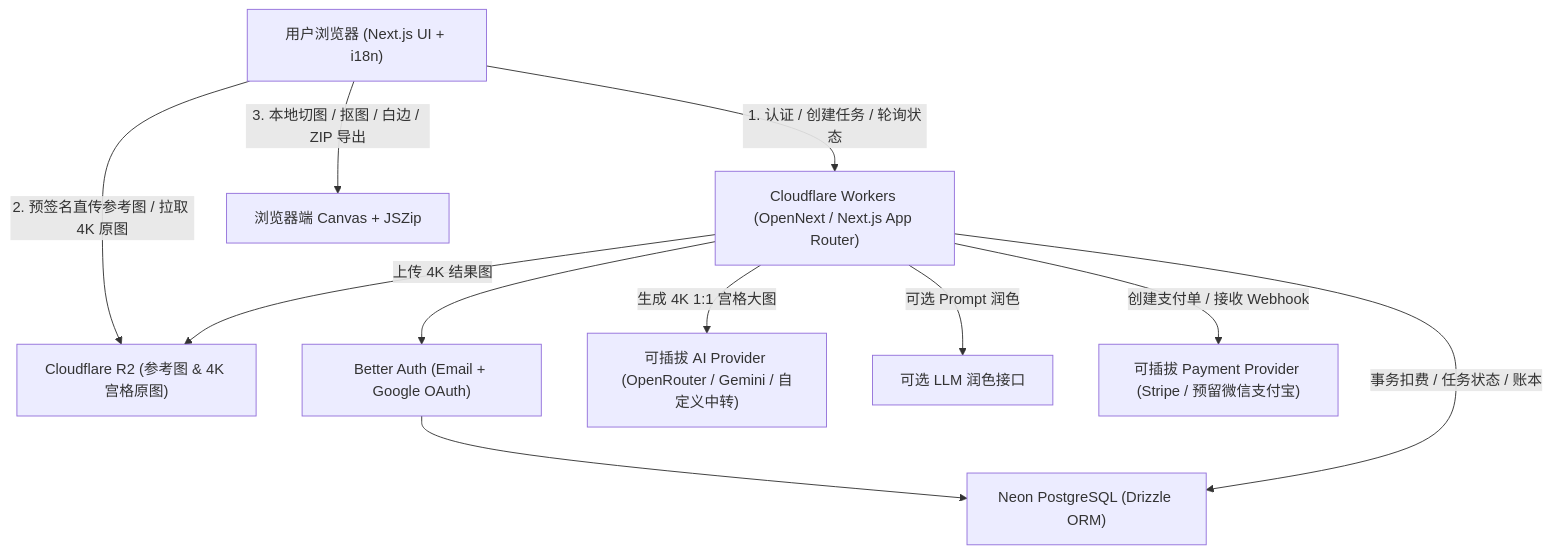
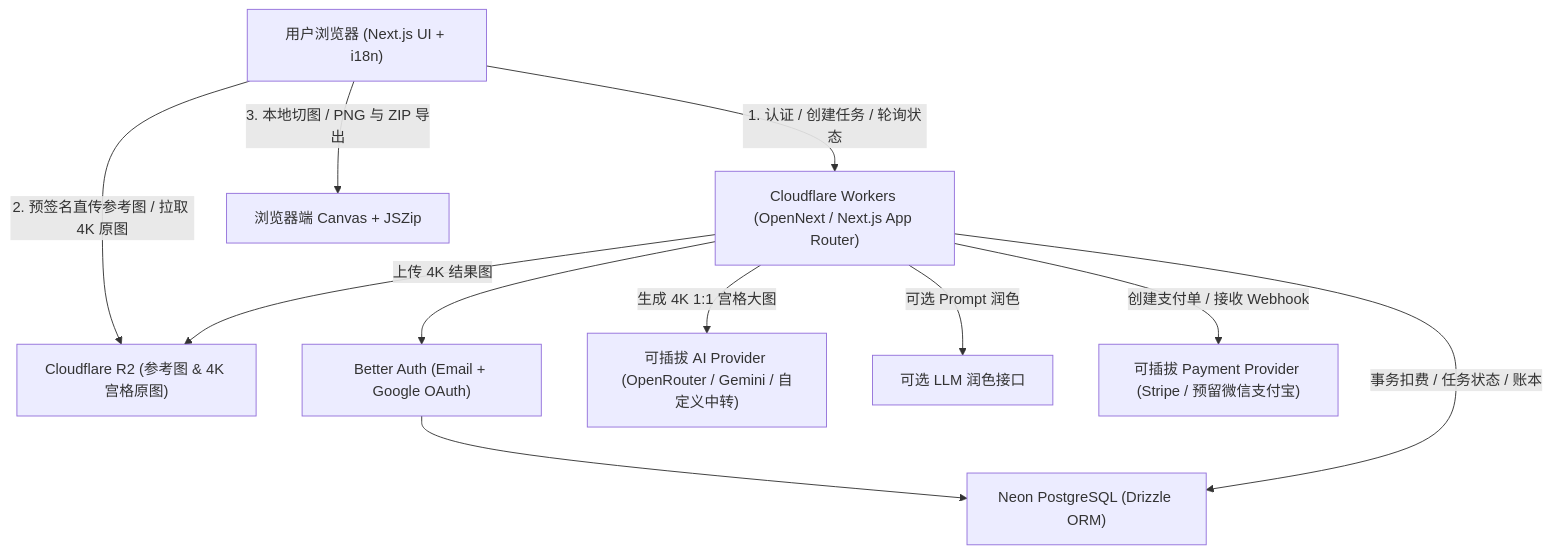
The diagram in docs/DESIGN_PLAN.md (Xiejiayun/sticker), drawn with Mermaid before and after one commit. The commit also changed other lines of this file and 27 other files, not shown here.

Commit message:
feat: introduce StickerJam branding and a slice-first completion flow

````diff
--- a/docs/DESIGN_PLAN.md
+++ b/docs/DESIGN_PLAN.md
@@ -11,23 +11,23 @@
 ```mermaid
 flowchart TD
     User["用户浏览器 (Next.js UI + i18n)"]
     Worker["Cloudflare Workers (OpenNext / Next.js App Router)"]
     Canvas["浏览器端 Canvas + JSZip"]
     R2["Cloudflare R2 (参考图 & 4K 宫格原图)"]
     DB["Neon PostgreSQL (Drizzle ORM)"]
     Auth["Better Auth (Email + Google OAuth)"]
     AI["可插拔 AI Provider (OpenRouter / Gemini / 自定义中转)"]
     LLM["可选 LLM 润色接口"]
     Pay["可插拔 Payment Provider (Stripe / 预留微信支付宝)"]
 
     User -->|"1. 认证 / 创建任务 / 轮询状态"| Worker
     User -->|"2. 预签名直传参考图 / 拉取 4K 原图"| R2
-    User -->|"3. 本地切图 / 抠图 / 白边 / ZIP 导出"| Canvas
+    User -->|"3. 本地切图 / PNG 与 ZIP 导出"| Canvas
     Worker --> Auth
     Auth --> DB
     Worker -->|"事务扣费 / 任务状态 / 账本"| DB
     Worker -->|"上传 4K 结果图"| R2
     Worker -->|"可选 Prompt 润色"| LLM
     Worker -->|"生成 4K 1:1 宫格大图"| AI
     Worker -->|"创建支付单 / 接收 Webhook"| Pay
 ```
````
